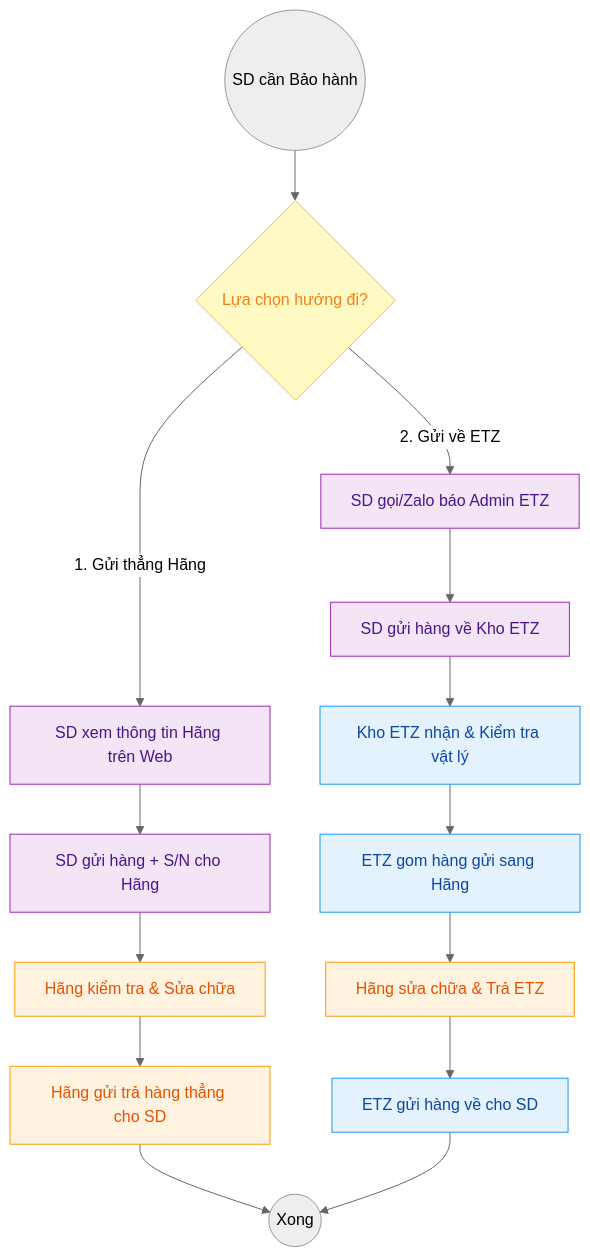
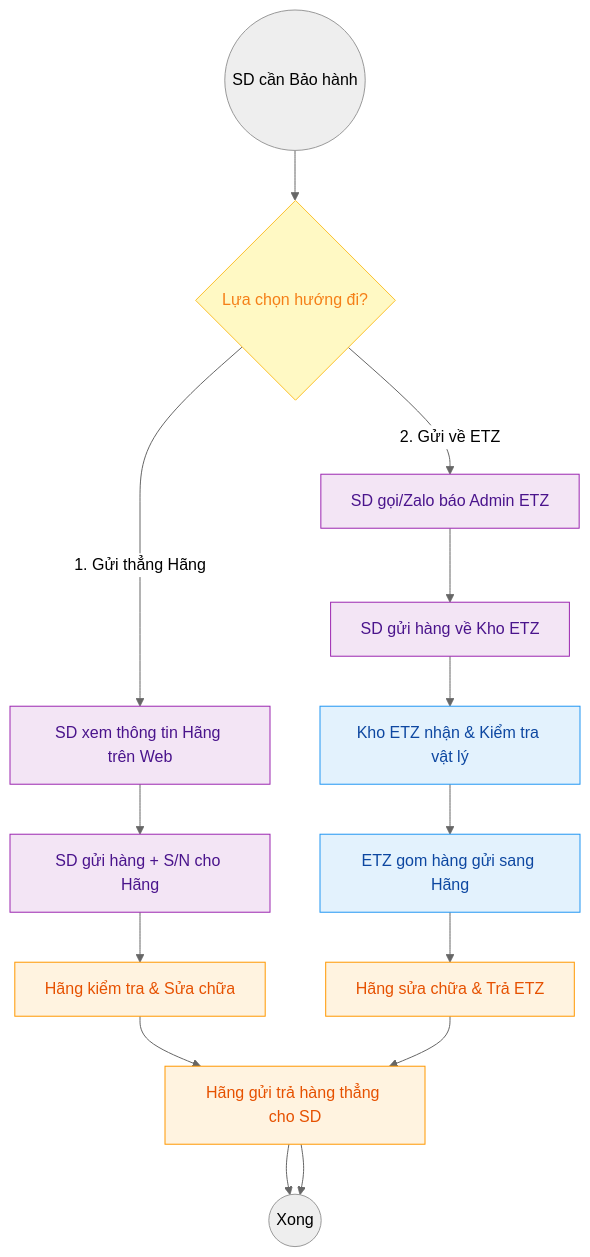
One commit to babaduoc/digitalgarden changed the diagram in src/site/notes/01_TONG_QUAN_LY_DU_AN/2_PHONG_VAN_HANH/SOP_4_Bao_Hanh_Xy_Ly_Ngoai_Luong.md. Above: the diagram before and after it, drawn with Mermaid (neutral theme). The commit also changed 19 other files, not shown here.

````diff
--- a/src/site/notes/01_TONG_QUAN_LY_DU_AN/2_PHONG_VAN_HANH/SOP_4_Bao_Hanh_Xy_Ly_Ngoai_Luong.md
+++ b/src/site/notes/01_TONG_QUAN_LY_DU_AN/2_PHONG_VAN_HANH/SOP_4_Bao_Hanh_Xy_Ly_Ngoai_Luong.md
@@ -23,31 +23,31 @@
 ```mermaid
 graph TD
     %% Định nghĩa màu tương phản cao %%
     classDef sd fill:#F3E5F5,stroke:#9C27B0,color:#4A148C;
     classDef etz fill:#E3F2FD,stroke:#2196F3,color:#0D47A1;
     classDef hang fill:#FFF3E0,stroke:#FF9800,color:#E65100;
     classDef highlight fill:#FFF9C4,stroke:#FBC02D,stroke-width:1px,color:#F57F17;
 
     Start((SD cần Bảo hành)) --> Choose_Path{Lựa chọn hướng đi?}
 
     %% Hướng 1: Gửi thẳng Hãng %%
     Choose_Path -- "1. Gửi thẳng Hãng" --> SD_Check_Info[SD xem thông tin Hãng trên Web]
     SD_Check_Info --> SD_Send_Hang[SD gửi hàng + S/N cho Hãng]
     SD_Send_Hang --> Hang_Process[Hãng kiểm tra & Sửa chữa]
     Hang_Process --> Hang_Return[Hãng gửi trả hàng thẳng cho SD]
     Hang_Return --> End((Xong))
 
     %% Hướng 2: Gửi về ETZ %%
     Choose_Path -- "2. Gửi về ETZ" --> SD_Call_ETZ[SD gọi/Zalo báo Admin ETZ]
     SD_Call_ETZ --> SD_Send_ETZ[SD gửi hàng về Kho ETZ]
     SD_Send_ETZ --> ETZ_Check[Kho ETZ nhận & Kiểm tra vật lý]
     ETZ_Check --> ETZ_Send_Hang[ETZ gom hàng gửi sang Hãng]
     ETZ_Send_Hang --> Hang_Process_2[Hãng sửa chữa & Trả ETZ]
-    Hang_Process_2 --> ETZ_Return[ETZ gửi hàng về cho SD]
-    ETZ_Return --> End
+    Hang_Process_2 --> Hang_Return[Hãng gửi trả hàng thẳng cho SD]
+    Hang_Return --> End
 
     class SD_Check_Info,SD_Send_Hang,SD_Call_ETZ,SD_Send_ETZ sd;
     class ETZ_Check,ETZ_Send_Hang,ETZ_Return etz;
     class Hang_Process,Hang_Return,Hang_Process_2 hang;
     class Choose_Path highlight;
 ```
````
